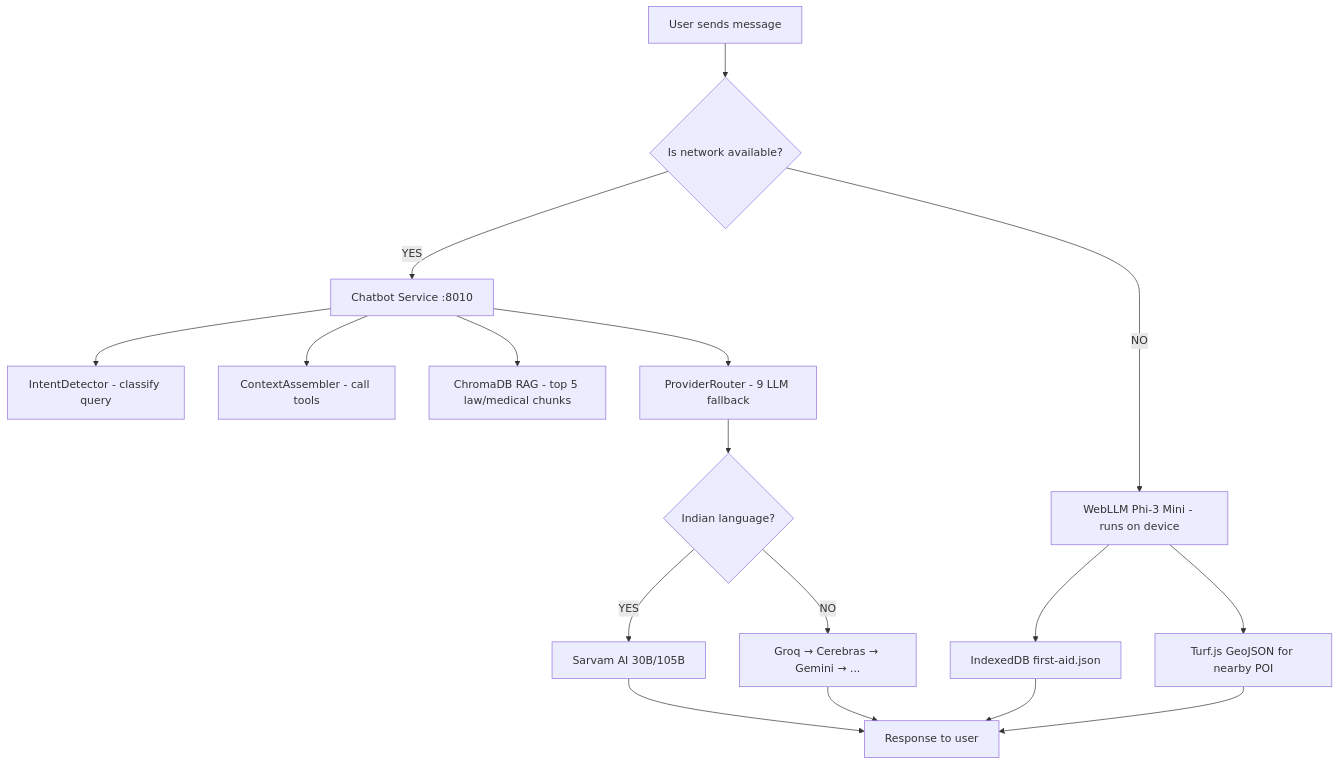
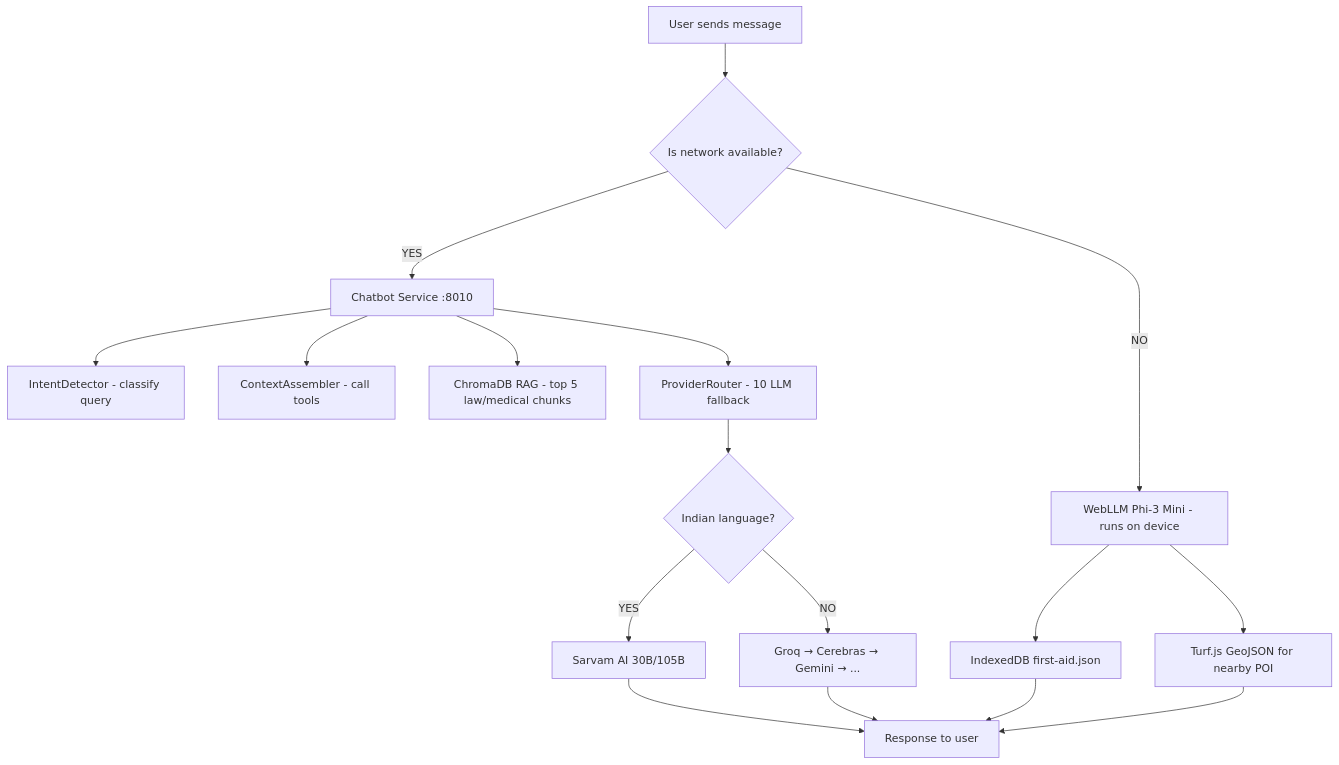
One commit to SafeVixAI/SafeVixAI changed the fourth of 9 diagrams in docs/Architecture.md. Above: the diagram before and after it, drawn with Mermaid. The commit also changed other lines of this file and 333 other files, not shown here.

````diff
--- a/docs/Architecture.md
+++ b/docs/Architecture.md
@@ -412,23 +412,23 @@
 ```mermaid
 flowchart TD
     A[User sends message] --> B{Is network available?}
 
     B -->|YES| CS[Chatbot Service :8010]
     B -->|NO| D[WebLLM Phi-3 Mini - runs on device]
 
     CS --> CS1[IntentDetector - classify query]
     CS --> CS2[ContextAssembler - call tools]
     CS --> CS3[ChromaDB RAG - top 5 law/medical chunks]
-    CS --> CS4[ProviderRouter - 9 LLM fallback]
+    CS --> CS4[ProviderRouter - 10 LLM fallback]
     CS4 --> CS5{Indian language?}
     CS5 -->|YES| CS6[Sarvam AI 30B/105B]
     CS5 -->|NO| CS7[Groq → Cerebras → Gemini → ...]
 
     D --> D1[IndexedDB first-aid.json]
     D --> D2[Turf.js GeoJSON for nearby POI]
 
     CS6 --> E[Response to user]
     CS7 --> E
     D1 --> E
     D2 --> E
 ```
````
